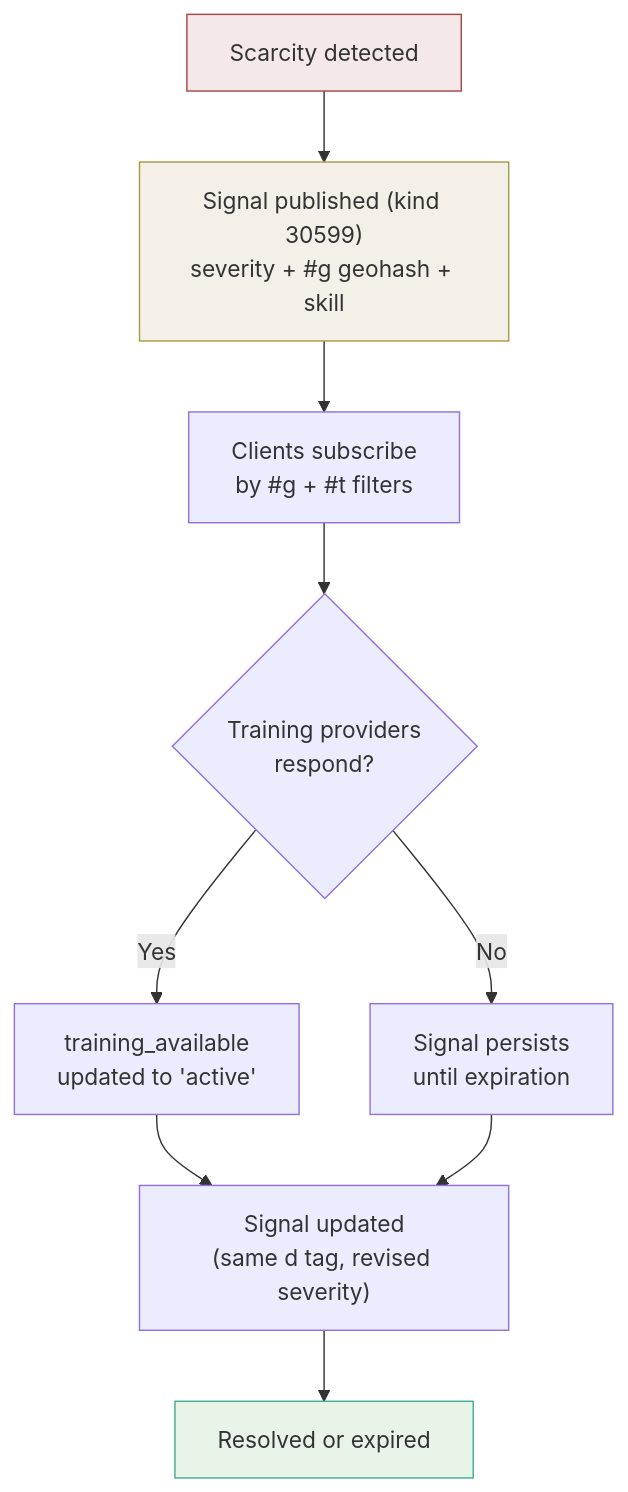
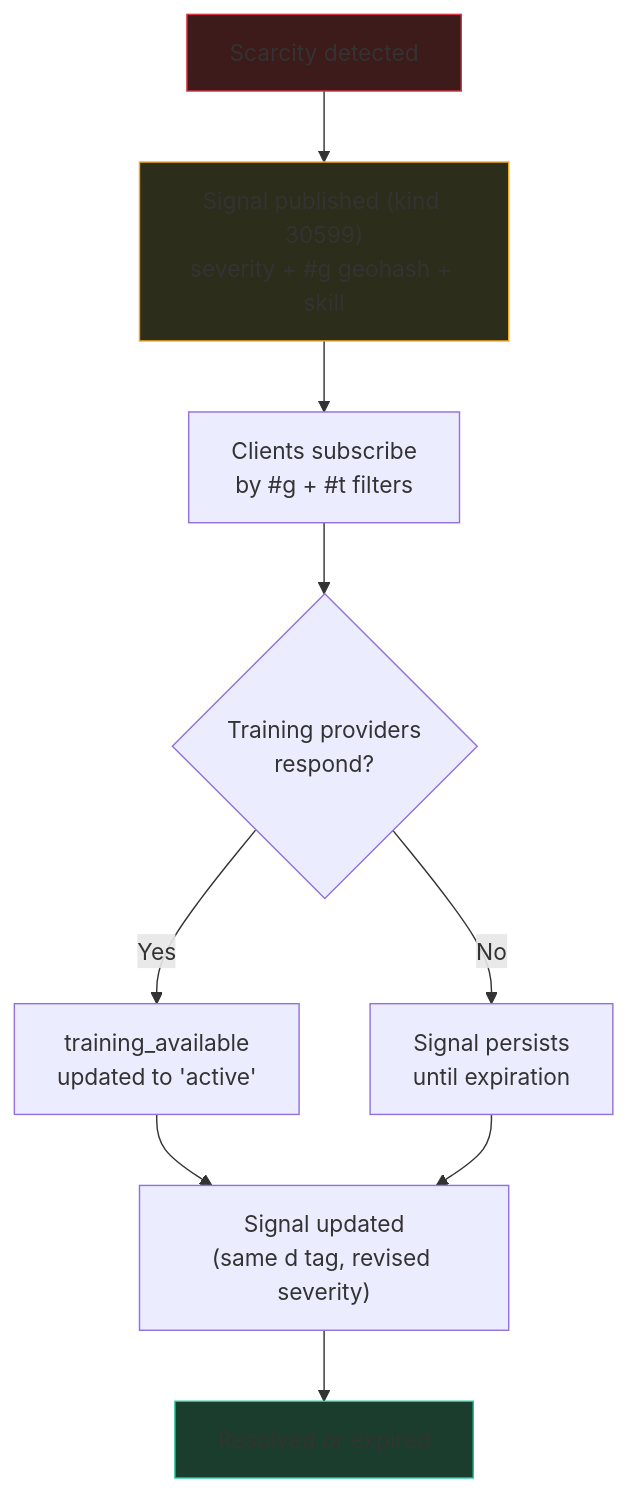
The diagram in NIP-SCARCITY.md (forgesworn/nip-drafts), drawn with Mermaid before and after one commit. The commit also changed other lines of this file and 12 other files, not shown here.

````diff
--- a/NIP-SCARCITY.md
+++ b/NIP-SCARCITY.md
@@ -120,15 +120,15 @@
 ```mermaid
 flowchart TD
     A["Scarcity detected"] --> B["Signal published (kind 30599)\nseverity + #g geohash + skill"]
     B --> C["Clients subscribe\nby #g + #t filters"]
     C --> D{"Training providers\nrespond?"}
     D -- Yes --> E["training_available\nupdated to 'active'"]
     D -- No --> F["Signal persists\nuntil expiration"]
     E --> G["Signal updated\n(same d tag, revised severity)"]
     F --> G
     G --> H["Resolved or expired"]
 
-    style A fill:#f4e8e8,stroke:#a44
-    style B fill:#f4f0e8,stroke:#a94
-    style H fill:#e8f4e8,stroke:#4a9
+    style A fill:#3d1b1b,stroke:#dc3545
+    style B fill:#2d2d1b,stroke:#f5a623
+    style H fill:#1b3d2d,stroke:#16c79a
 ```
````
